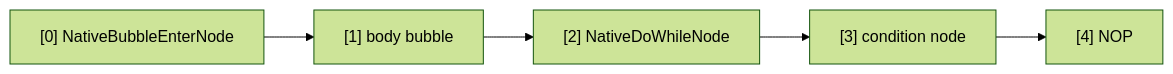
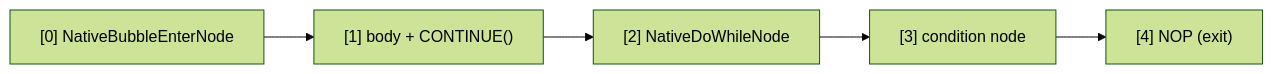
One commit to AmritaBot/AmritaSense changed the fourth of 4 diagrams in docs/guide/advanced/built-in_instruction_set/native_instructions.md. Above: the diagram before and after it, drawn with Mermaid (forest theme). The commit also changed other lines of this file and 102 other files, not shown here.

````diff
--- a/docs/guide/advanced/built-in_instruction_set/native_instructions.md
+++ b/docs/guide/advanced/built-in_instruction_set/native_instructions.md
@@ -172,9 +163,9 @@
 ```mermaid
 graph LR
     enter["[0] NativeBubbleEnterNode"]
-    body["[1] body bubble"]
+    body["[1] body + CONTINUE()"]
     do["[2] NativeDoWhileNode"]
     cond["[3] condition node"]
-    nop["[4] NOP"]
+    nop["[4] NOP (exit)"]
     enter --> body --> do --> cond --> nop
 ```
````
